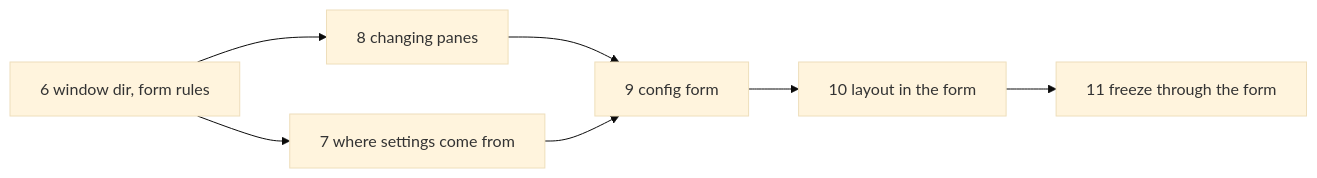
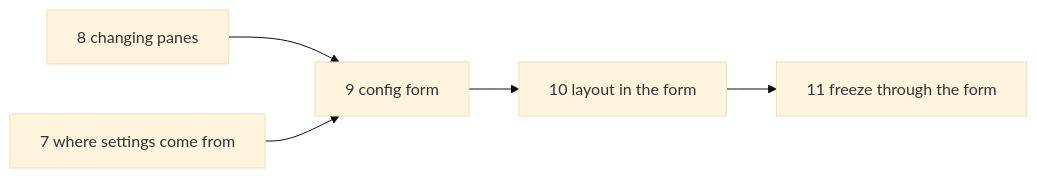
Before and after one commit to medilies/weaver: the diagram in docs/backlog.md, drawn with Mermaid (base theme). The commit also changed other lines of this file and 15 other files, not shown here.

First line of the commit message:
feat(session): start a window's panes in its dir

````diff
--- a/docs/backlog.md
+++ b/docs/backlog.md
@@ -43,8 +42,6 @@
 ```mermaid
 flowchart LR
-    T6[6 window dir, form rules] --> T7[7 where settings come from]
-    T6 --> T8[8 changing panes]
-    T8 --> T9[9 config form]
-    T7 --> T9
+    T8[8 changing panes] --> T9[9 config form]
+    T7[7 where settings come from] --> T9
     T9 --> T10[10 layout in the form] --> T11[11 freeze through the form]
 ```
````
